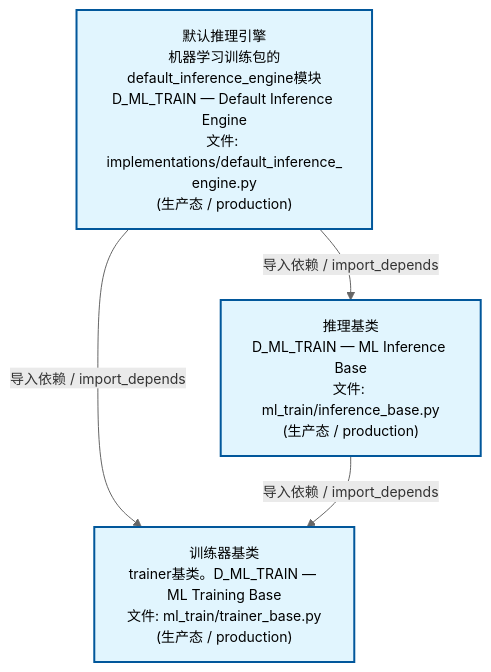
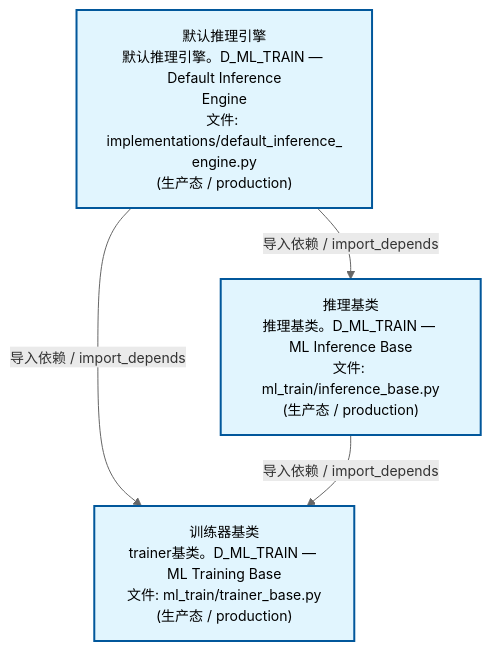
The second of 4 diagrams in docs/02_enterprise_architecture/02_domain_architecture_docs/61_d_ml_train.md (xuanFelixVan/ZephyrAlpha), drawn with Mermaid before and after one commit. The commit also changed other lines of this file and 56 other files, not shown here.

````diff
--- a/docs/02_enterprise_architecture/02_domain_architecture_docs/61_d_ml_train.md
+++ b/docs/02_enterprise_architecture/02_domain_architecture_docs/61_d_ml_train.md
@@ -99,15 +99,15 @@
 ```mermaid
 %%{init: {'theme': 'base', 'themeVariables': {'primaryColor': '#eaeaea', 'primaryTextColor': '#333333', 'primaryBorderColor': '#666666', 'lineColor': '#666666', 'secondaryColor': '#eaeaea', 'tertiaryColor': '#eaeaea', 'fontSize': '14px'}}}%%
 flowchart TD
-    src_zephyr_ml_train_implementations_default_inference_engine_py["默认推理引擎<br/>机器学习训练包的default_inference_engine模块<br/>D_ML_TRAIN — Default Inference Engine<br/>文件: implementations/default_inference_<br/>engine.py<br/>(生产态 / production)"]
-    src_zephyr_ml_train_inference_base_py["推理基类<br/>D_ML_TRAIN — ML Inference Base<br/>文件: ml_train/inference_base.py<br/>(生产态 / production)"]
+    src_zephyr_ml_train_implementations_default_inference_engine_py["默认推理引擎<br/>默认推理引擎。D_ML_TRAIN — Default Inference<br/>Engine<br/>文件: implementations/default_inference_<br/>engine.py<br/>(生产态 / production)"]
+    src_zephyr_ml_train_inference_base_py["推理基类<br/>推理基类。D_ML_TRAIN — ML Inference Base<br/>文件: ml_train/inference_base.py<br/>(生产态 / production)"]
     src_zephyr_ml_train_trainer_base_py["训练器基类<br/>trainer基类。D_ML_TRAIN — ML Training Base<br/>文件: ml_train/trainer_base.py<br/>(生产态 / production)"]
     src_zephyr_ml_train_implementations_default_inference_engine_py -->|导入依赖 / import_depends| src_zephyr_ml_train_trainer_base_py
     src_zephyr_ml_train_implementations_default_inference_engine_py -->|导入依赖 / import_depends| src_zephyr_ml_train_inference_base_py
     src_zephyr_ml_train_inference_base_py -->|导入依赖 / import_depends| src_zephyr_ml_train_trainer_base_py
     classDef production fill:#e1f5fe,stroke:#01579b,stroke-width:2px,color:#000
     classDef design fill:#fff3e0,stroke:#e65100,stroke-width:2px,color:#000,stroke-dasharray: 5 5
     classDef external_prod fill:#e8f4fd,stroke:#0277bd,stroke-width:1px,color:#000
     classDef external_design fill:#fff8e7,stroke:#ef6c00,stroke-width:1px,color:#000,stroke-dasharray: 5 5
     class src_zephyr_ml_train_implementations_default_inference_engine_py,src_zephyr_ml_train_inference_base_py,src_zephyr_ml_train_trainer_base_py production
 ```
````
